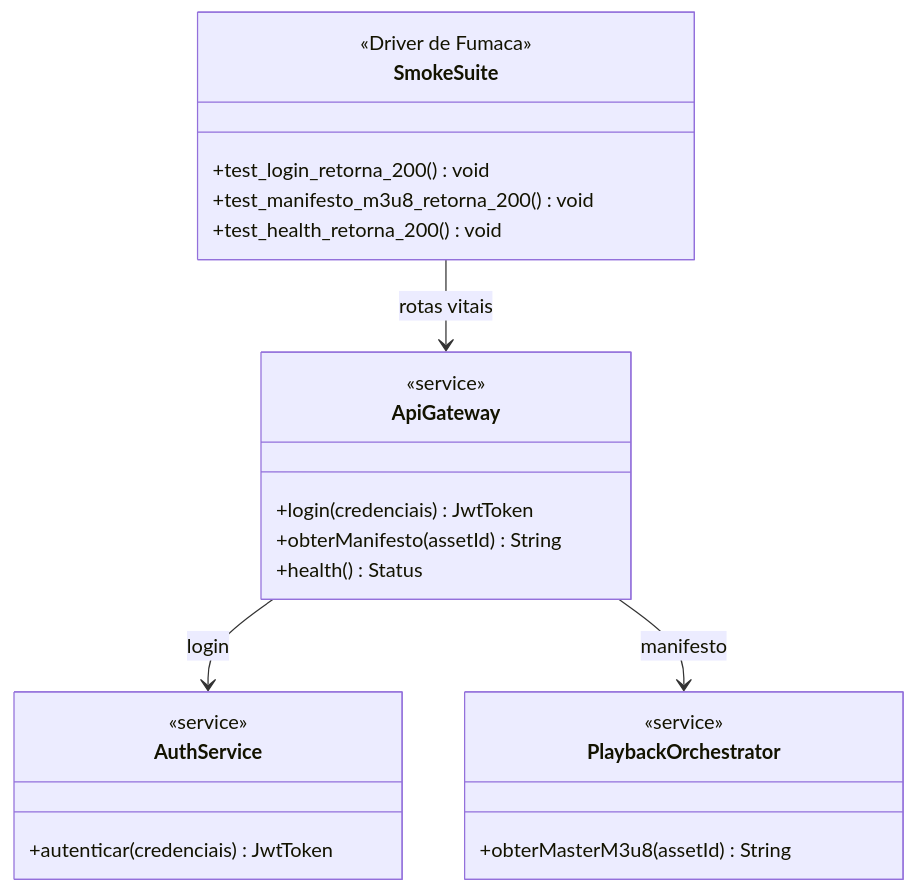
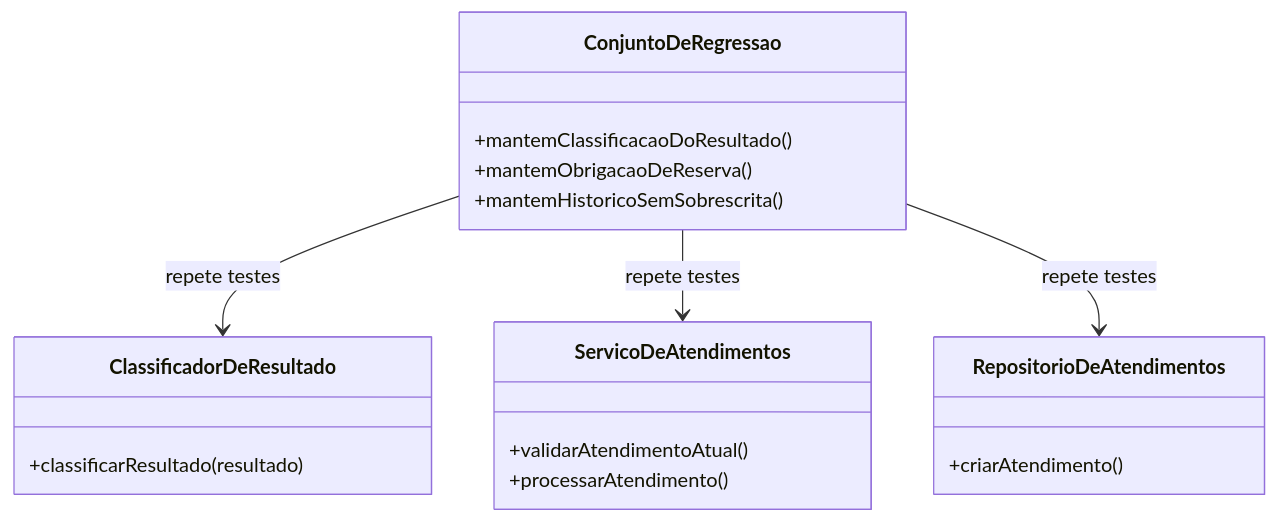
The seventh of 14 diagrams in README.md (DiogoBAguiar/atividade-testes-software), drawn with Mermaid before and after one commit. The commit also changed other lines of this file and 37 other files, not shown here.

````diff
--- a/README.md
+++ b/README.md
@@ -371,30 +236,22 @@
 ```mermaid
 classDiagram
-    class SmokeSuite {
-        <<Driver de Fumaca>>
-        +test_login_retorna_200() void
-        +test_manifesto_m3u8_retorna_200() void
-        +test_health_retorna_200() void
+    class ConjuntoDeRegressao {
+        +mantemClassificacaoDoResultado()
+        +mantemObrigacaoDeReserva()
+        +mantemHistoricoSemSobrescrita()
+    }
+    class ClassificadorDeResultado {
+        +classificarResultado(resultado)
+    }
+    class ServicoDeAtendimentos {
+        +validarAtendimentoAtual()
+        +processarAtendimento()
+    }
+    class RepositorioDeAtendimentos {
+        +criarAtendimento()
     }
 
-    class ApiGateway {
-        <<service>>
-        +login(credenciais) JwtToken
-        +obterManifesto(assetId) String
-        +health() Status
-    }
-
-    class AuthService {
-        <<service>>
-        +autenticar(credenciais) JwtToken
-    }
-
-    class PlaybackOrchestrator {
-        <<service>>
-        +obterMasterM3u8(assetId) String
-    }
-
-    SmokeSuite --> ApiGateway : rotas vitais
-    ApiGateway --> AuthService : login
-    ApiGateway --> PlaybackOrchestrator : manifesto
+    ConjuntoDeRegressao --> ClassificadorDeResultado : repete testes
+    ConjuntoDeRegressao --> ServicoDeAtendimentos : repete testes
+    ConjuntoDeRegressao --> RepositorioDeAtendimentos : repete testes
 ```
````
